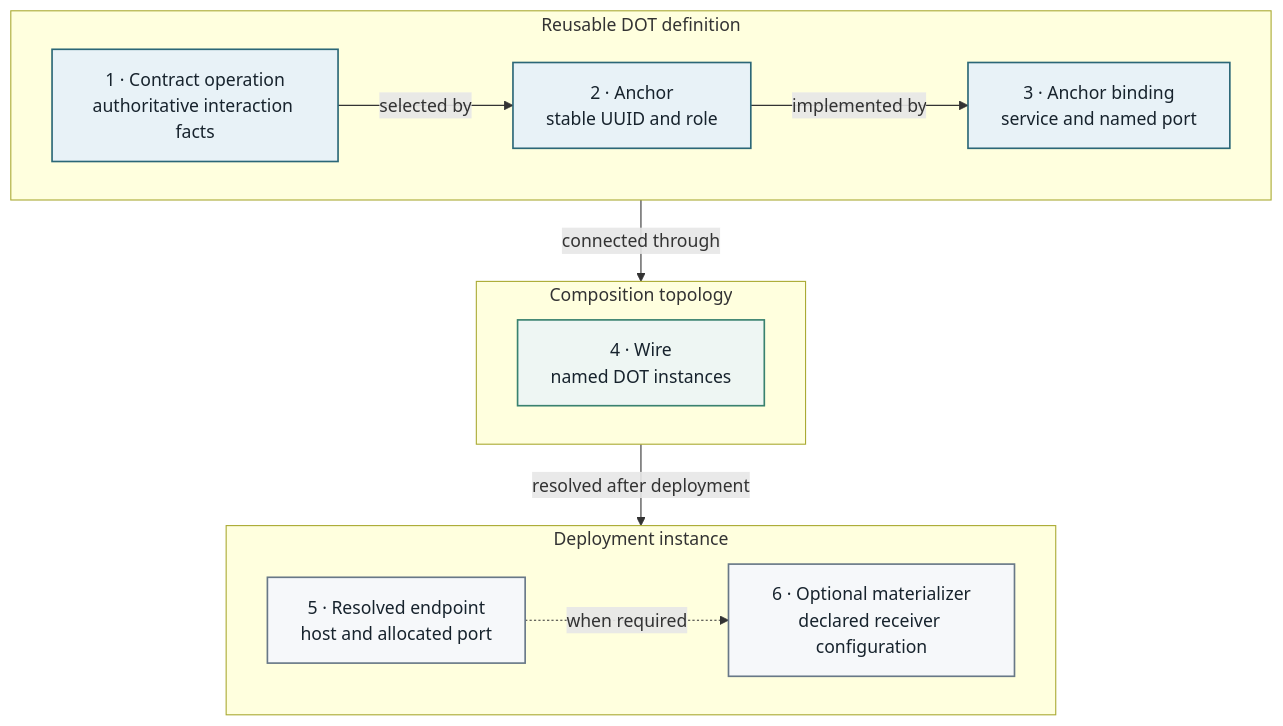
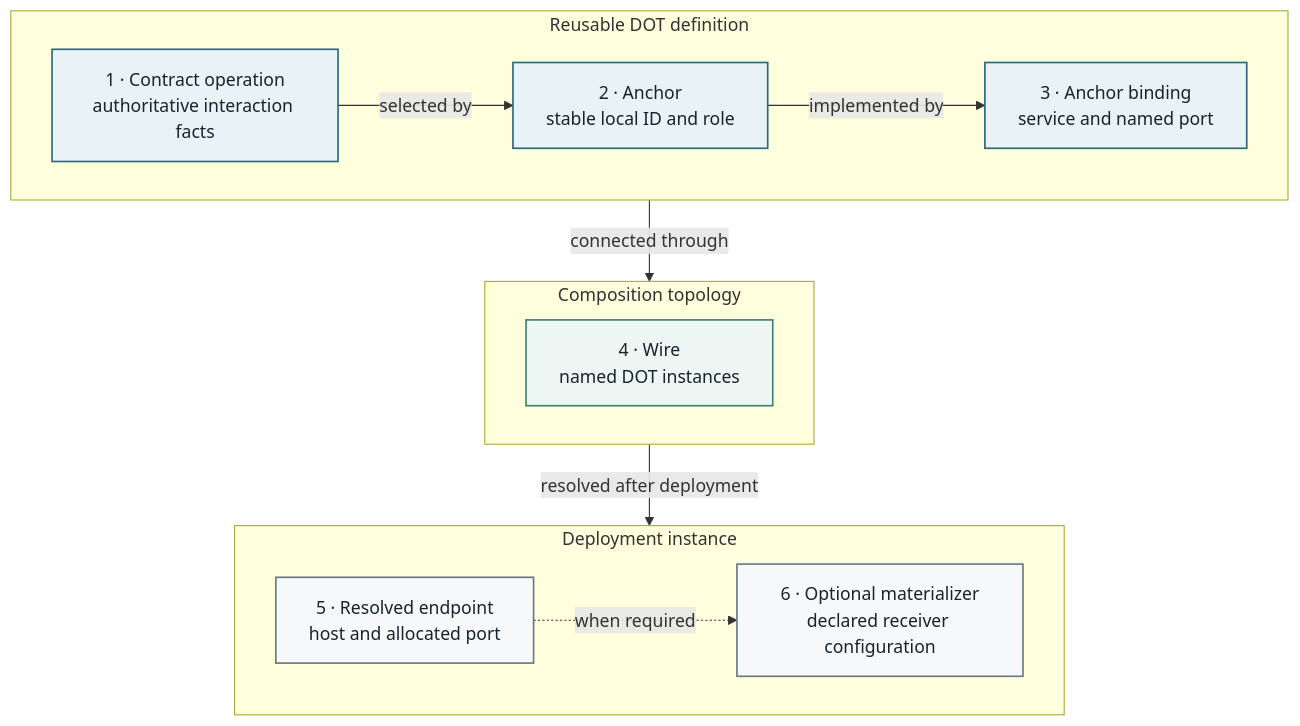
The diagram in DOT-Design/next/dot-design/_attachments/diagrams/contract-anchor-wire-chain.mmd (MARE-EU-Project/DOT-Docs), drawn with Mermaid before and after one commit. The commit also changed 28 other files, not shown here.

```diff
--- a/DOT-Design/next/dot-design/_attachments/diagrams/contract-anchor-wire-chain.mmd
+++ b/DOT-Design/next/dot-design/_attachments/diagrams/contract-anchor-wire-chain.mmd
@@ -1,33 +1,33 @@
 flowchart TB
   accTitle: Contract to runtime connection chain
   accDescr: Contract semantics are selected by a stable Anchor, implemented by a service-port binding, connected by a composition wire, and resolved to a runtime endpoint with an optional configuration materializer.
 
   subgraph Definition["Reusable DOT definition"]
     direction LR
     Contract["1 · Contract operation<br/>authoritative interaction facts"]
-    Anchor["2 · Anchor<br/>stable UUID and role"]
+    Anchor["2 · Anchor<br/>stable local ID and role"]
     Binding["3 · Anchor binding<br/>service and named port"]
     Contract -->|selected by| Anchor
     Anchor -->|implemented by| Binding
   end
 
   subgraph Topology["Composition topology"]
     Wire["4 · Wire<br/>named DOT instances"]
   end
 
   subgraph Runtime["Deployment instance"]
     direction LR
     Endpoint["5 · Resolved endpoint<br/>host and allocated port"]
     Materializer["6 · Optional materializer<br/>declared receiver configuration"]
     Endpoint -.->|when required| Materializer
   end
 
   Definition -->|connected through| Topology
   Topology -->|resolved after deployment| Runtime
 
   classDef definition fill:#e8f2f7,stroke:#2b6777,color:#17232d,stroke-width:1.5px;
   classDef topology fill:#eef6f3,stroke:#39826f,color:#17232d,stroke-width:1.5px;
   classDef runtime fill:#f6f8fa,stroke:#687887,color:#17232d,stroke-width:1.5px;
   class Contract,Anchor,Binding definition;
   class Wire topology;
   class Endpoint,Materializer runtime;
```
